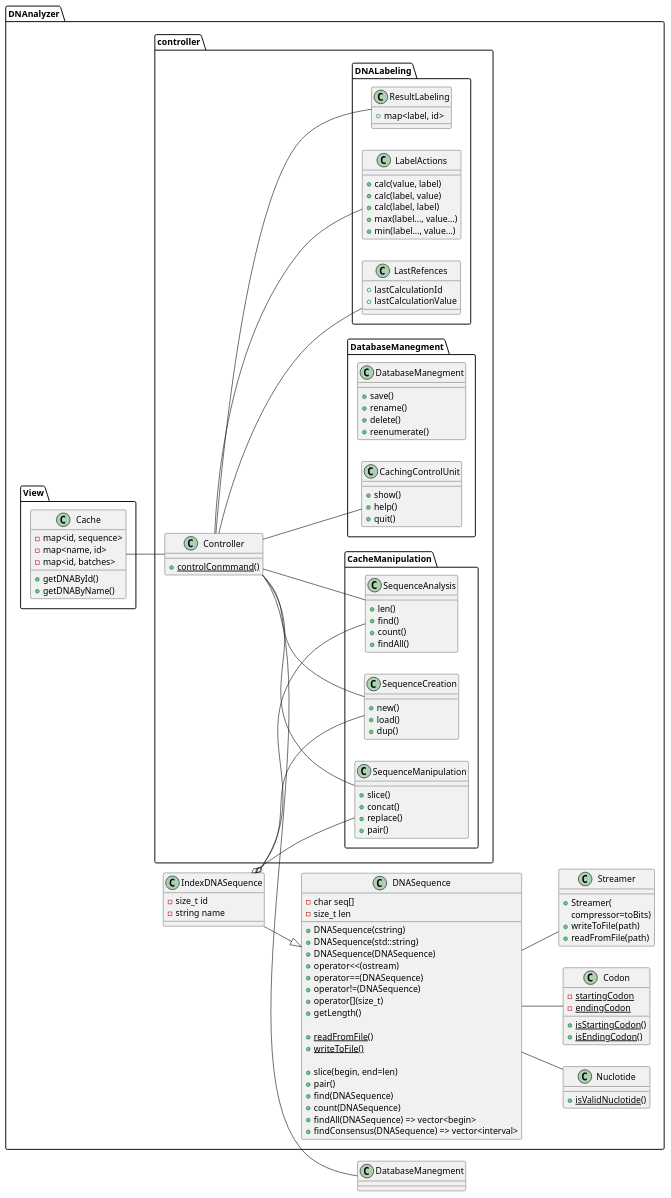
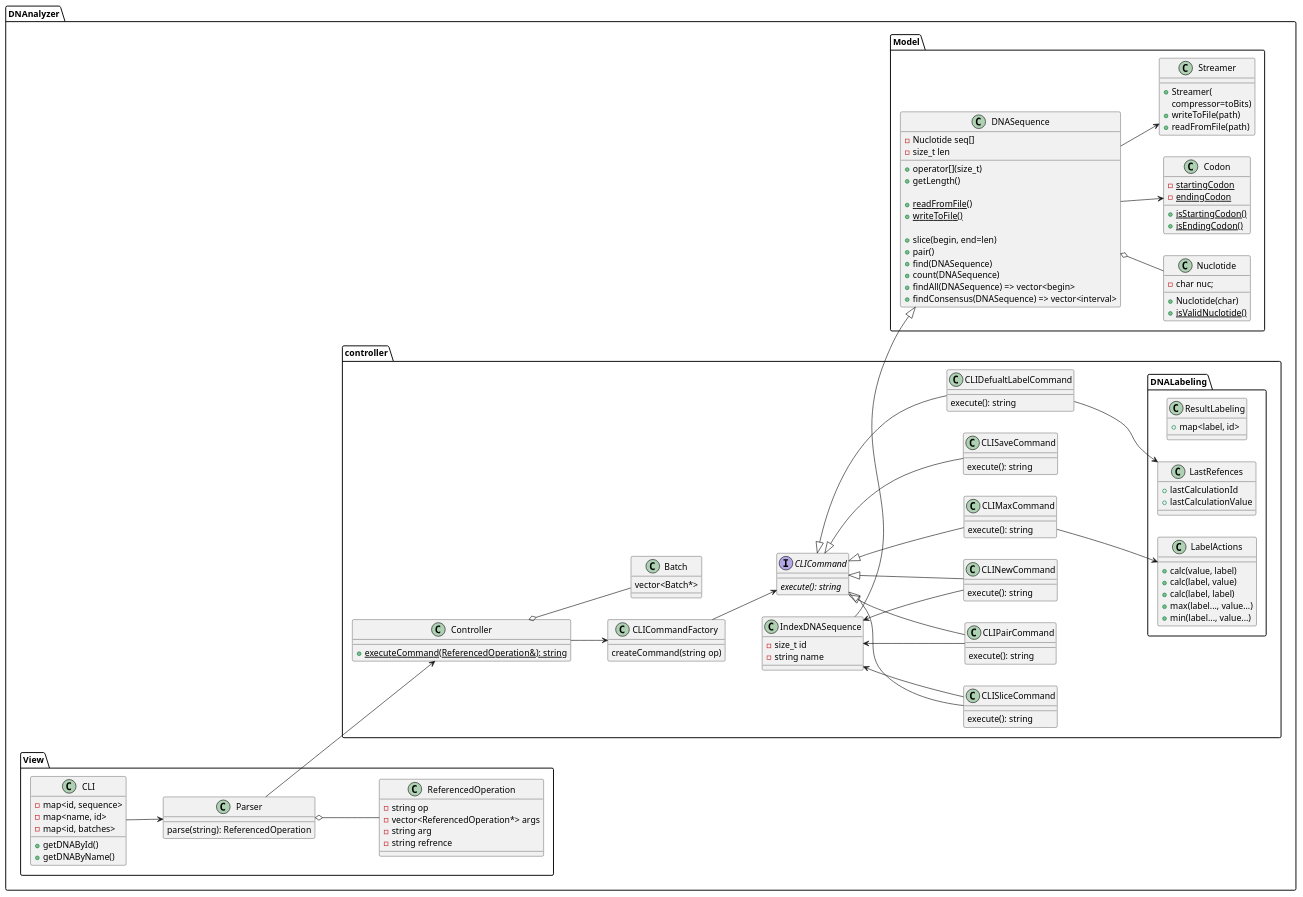
Before and after one commit to AliMasarweh/DNA-Analyzer-CPP: the first of 3 diagrams in docs/UML_Diagrams.md, drawn with PlantUML. The commit also changed other lines of this file, not shown here.

Commit message:
Redesigned the project

````diff
--- a/docs/UML_Diagrams.md
+++ b/docs/UML_Diagrams.md
@@ -3,41 +3,42 @@
 @startuml
 left to right direction
 package DNAnalyzer{
+package controller{
+interface CLICommand{
+    {abstract} execute(): string
+}
 
-package controller{
-package CacheManipulation{
-    class SequenceCreation{
-        + new()
-        + load()
-        + dup()
-    }
-    class SequenceManipulation{
-        + slice()
-        + concat()
-        + replace()
-        + pair()
-    }
-    class SequenceAnalysis{
-        + len()
-        + find()
-        + count()
-        + findAll()
-    }
+class CLICommandFactory{
+    createCommand(string op)
+}
+
+class Batch{
+    vector<Batch*>
+}
+
+class CLINewCommand{
+    execute(): string
+}
+
+class CLISliceCommand{
+    execute(): string
+}
+
+class CLIPairCommand{
+    execute(): string
 }
 
 
-package DatabaseManegment{
-    class DatabaseManegment{
-        + save()
-        + rename()
-        + delete()
-        + reenumerate()
-    }
-    class CachingControlUnit{
-        + show()
-        + help()
-        + quit()
-    }
+class CLISaveCommand{
+    execute(): string
+}
+
+class CLIDefualtLabelCommand{
+    execute(): string
+}
+
+class CLIMaxCommand{
+    execute(): string
 }
 
 package DNALabeling{
@@ -57,26 +58,23 @@
     }
 }
 
+
 class Controller{
-    {static} + controlConmmand()
-}
+    {static} + executeCommand(ReferencedOperation&): string
 }
 
 class  IndexDNASequence{
     - size_t id
     - string name
 }
+}
 
+
+package Model{
 class DNASequence{
-    - char seq[]
+    - Nuclotide seq[]
     - size_t len
 
-    + DNASequence(cstring)
-    + DNASequence(std::string)
-    + DNASequence(DNASequence)
-    + operator<<(ostream)
-    + operator==(DNASequence)
-    + operator!=(DNASequence)
     + operator[](size_t)
     + getLength()
 
@@ -93,6 +91,8 @@
 }
 
 class  Nuclotide{
+    - char nuc;
+    + Nuclotide(char)
     {static} + isValidNuclotide()
 }
 
@@ -109,9 +109,10 @@
     + writeToFile(path)
     + readFromFile(path)
 }
+}
 
 package View{
-class Cache{
+class CLI{
     - map<id, sequence>
     - map<name, id>
     - map<id, batches>
@@ -119,29 +120,49 @@
     + getDNAById()
     + getDNAByName()
 }
+
+class ReferencedOperation{
+    - string op
+    - vector<ReferencedOperation*> args
+    - string arg
+    - string refrence
+}
+
+class Parser{
+    
+    parse(string): ReferencedOperation
+}
 }
 
 }
-DNASequence -- Nuclotide
-DNASequence -- Codon
-DNASequence -- Streamer
+DNASequence o-- Nuclotide
+DNASequence --> Codon
+DNASequence --> Streamer
 IndexDNASequence --|> DNASequence
 
-IndexDNASequence o-- SequenceCreation
-IndexDNASequence o-- SequenceManipulation
-IndexDNASequence o-- SequenceAnalysis
+IndexDNASequence <-- CLINewCommand
+IndexDNASequence <-- CLISliceCommand
+IndexDNASequence <-- CLIPairCommand
 
-Cache -- Controller
+CLI --> Parser
+Parser --> Controller
+Parser  o-- ReferencedOperation
+Controller o-- Batch
 
-Controller -- SequenceCreation
-Controller -- SequenceManipulation
-Controller -- SequenceAnalysis
+CLICommandFactory --> CLICommand
+Controller --> CLICommandFactory
 
-Controller -- DatabaseManegment
-Controller -- CachingControlUnit
 
-Controller -- ResultLabeling
-Controller -- LabelActions
-Controller -- LastRefences
+CLICommand <|-- CLINewCommand
+
+CLICommand <|-- CLISliceCommand
+CLICommand <|-- CLIPairCommand
+CLICommand <|-- CLISaveCommand
+
+CLICommand <|-- CLIDefualtLabelCommand
+CLICommand <|-- CLIMaxCommand
+
+CLIDefualtLabelCommand --> LastRefences
+CLIMaxCommand --> LabelActions
 @enduml
 ```
````
